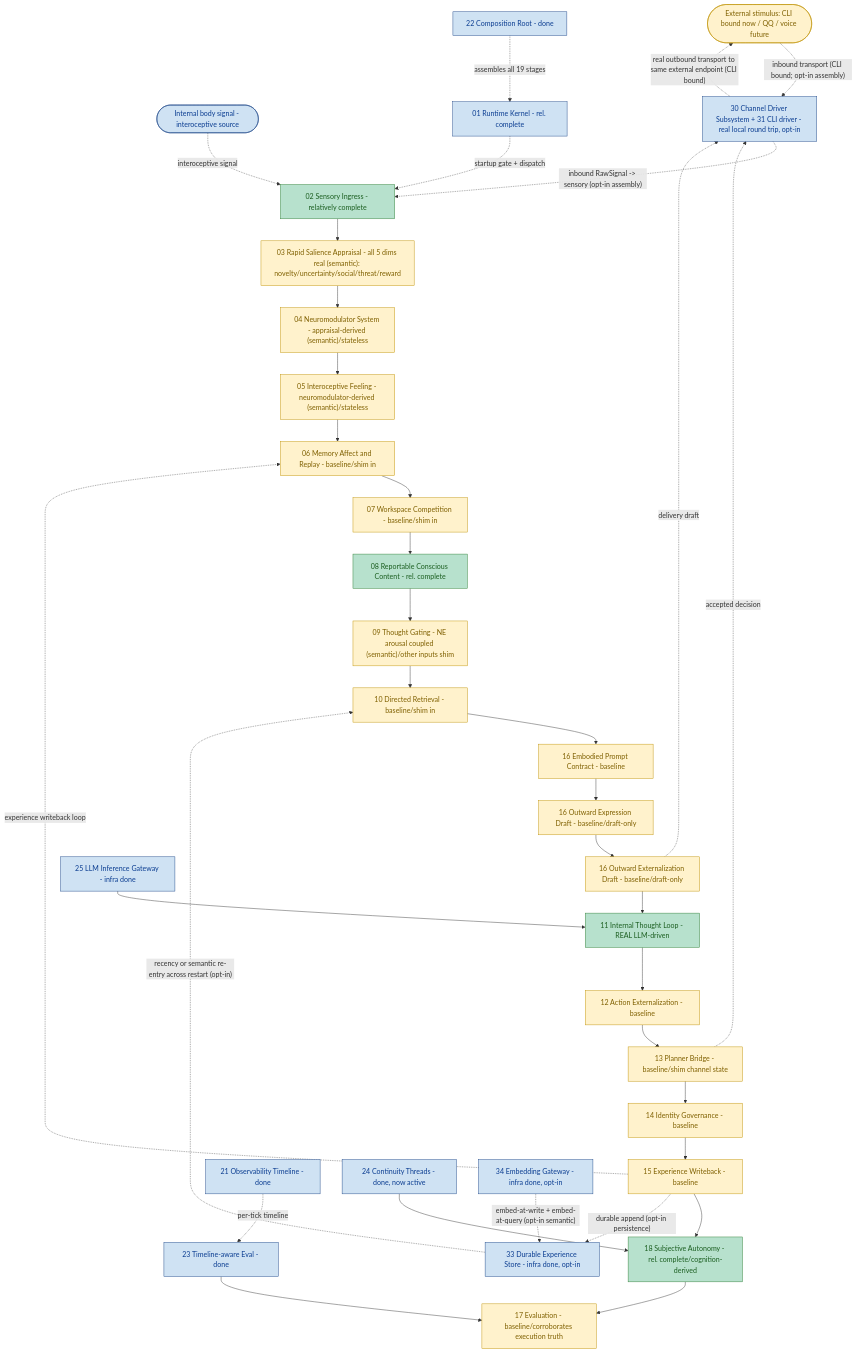
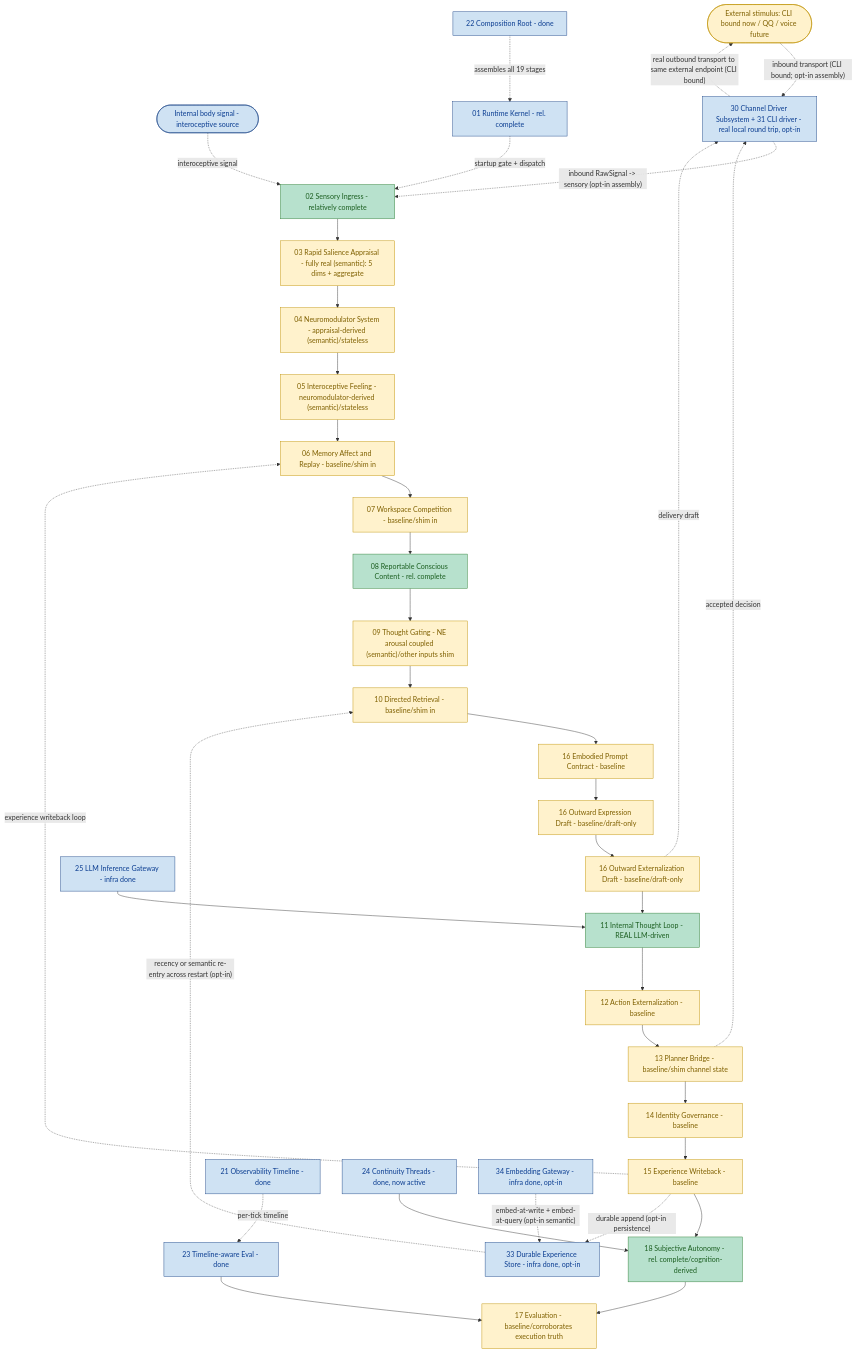
The diagram in helios_v2/docs/PROGRESS_FLOW.en.md (embalmer-Y/helios), drawn with Mermaid before and after one commit. The commit also changed other lines of this file and 14 other files, not shown here.

````diff
--- a/helios_v2/docs/PROGRESS_FLOW.en.md
+++ b/helios_v2/docs/PROGRESS_FLOW.en.md
@@ -36,60 +36,60 @@
 ```mermaid
 flowchart TD
     classDef deep fill:#b7e1cd,stroke:#2e7d32,color:#1b5e20
     classDef base fill:#fff2cc,stroke:#bf9000,color:#7f6000
     classDef infra fill:#cfe2f3,stroke:#1c4587,color:#0b3d91
     classDef gap fill:#f4cccc,stroke:#990000,color:#660000,stroke-dasharray: 5 5
 
     EXT([External stimulus: CLI bound now / QQ / voice future]):::base
     BODY([Internal body signal - interoceptive source]):::infra
     S02[02 Sensory Ingress - relatively complete]:::deep
-    S03["03 Rapid Salience Appraisal - all 5 dims real (semantic): novelty/uncertainty/social/threat/reward"]:::base
+    S03["03 Rapid Salience Appraisal - fully real (semantic): 5 dims + aggregate"]:::base
     S04["04 Neuromodulator System - appraisal-derived (semantic)/stateless"]:::base
     S05["05 Interoceptive Feeling - neuromodulator-derived (semantic)/stateless"]:::base
     S06[06 Memory Affect and Replay - baseline/shim in]:::base
     S07[07 Workspace Competition - baseline/shim in]:::base
     S08[08 Reportable Conscious Content - rel. complete]:::deep
     S09["09 Thought Gating - NE arousal coupled (semantic)/other inputs shim"]:::base
     S10[10 Directed Retrieval - baseline/shim in]:::base
     S16P[16 Embodied Prompt Contract - baseline]:::base
     S16O[16 Outward Expression Draft - baseline/draft-only]:::base
     S16E[16 Outward Externalization Draft - baseline/draft-only]:::base
     S11[11 Internal Thought Loop - REAL LLM-driven]:::deep
     S12[12 Action Externalization - baseline]:::base
     S13[13 Planner Bridge - baseline/shim channel state]:::base
     S14[14 Identity Governance - baseline]:::base
     S15[15 Experience Writeback - baseline]:::base
     S18[18 Subjective Autonomy - rel. complete/cognition-derived]:::deep
     S17[17 Evaluation - baseline/corroborates execution truth]:::base
     CH["30 Channel Driver Subsystem + 31 CLI driver - real local round trip, opt-in"]:::infra
 
     S02 --> S03 --> S04 --> S05 --> S06 --> S07 --> S08 --> S09 --> S10
     S10 --> S16P --> S16O --> S16E --> S11
     S11 --> S12 --> S13 --> S14 --> S15 --> S18 --> S17
     EXT -. inbound transport (CLI bound; opt-in assembly) .-> CH
     BODY -. interoceptive signal .-> S02
     S13 -. accepted decision .-> CH
     S16E -. delivery draft .-> CH
     CH -. inbound RawSignal -> sensory (opt-in assembly) .-> S02
     CH -. real outbound transport to same external endpoint (CLI bound) .-> EXT
     S15 -. experience writeback loop .-> S06
 
     LLM[25 LLM Inference Gateway - infra done]:::infra
     LLM --> S11
 
     K01[01 Runtime Kernel - rel. complete]:::infra
     OBS[21 Observability Timeline - done]:::infra
     COMP[22 Composition Root - done]:::infra
     EV23[23 Timeline-aware Eval - done]:::infra
     TH24[24 Continuity Threads - done, now active]:::infra
     PER[33 Durable Experience Store - infra done, opt-in]:::infra
     EMB[34 Embedding Gateway - infra done, opt-in]:::infra
     K01 -. startup gate + dispatch .-> S02
     OBS -. per-tick timeline .-> EV23
     EV23 --> S17
     TH24 --> S18
     COMP -. assembles all 19 stages .-> K01
     S15 -. durable append (opt-in persistence) .-> PER
     PER -. recency or semantic re-entry across restart (opt-in) .-> S10
     EMB -. embed-at-write + embed-at-query (opt-in semantic) .-> PER
 ```
````
